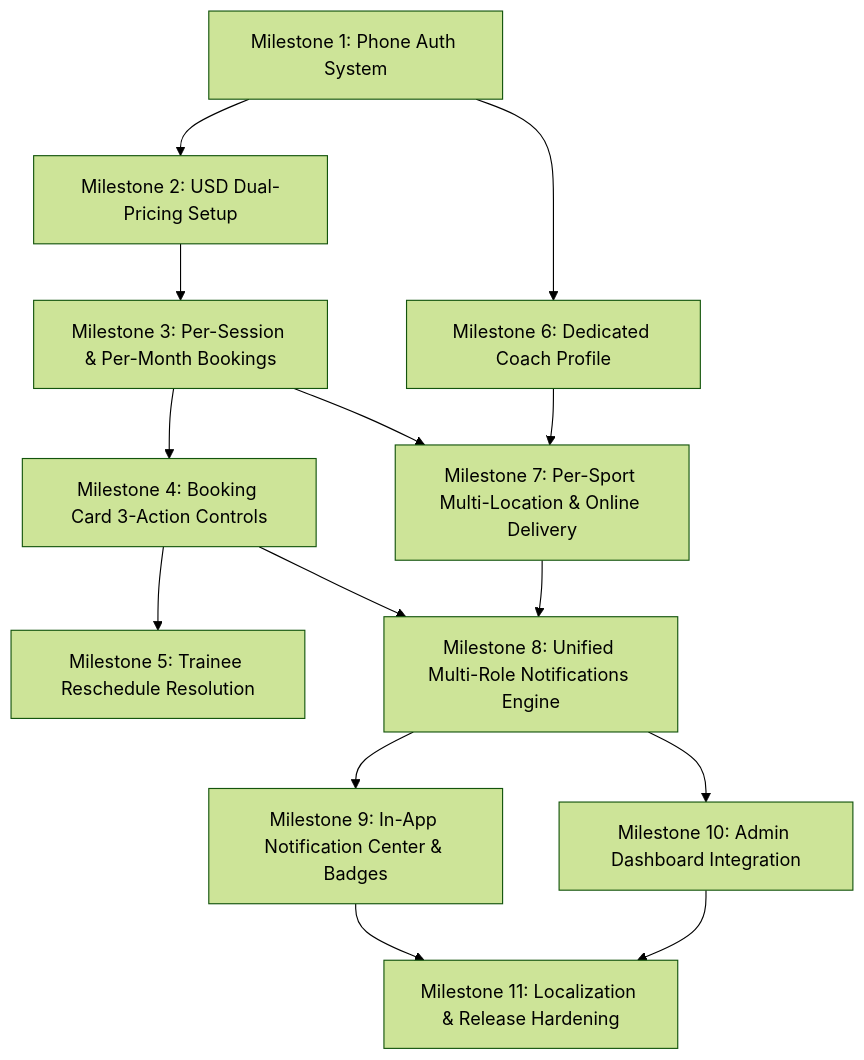
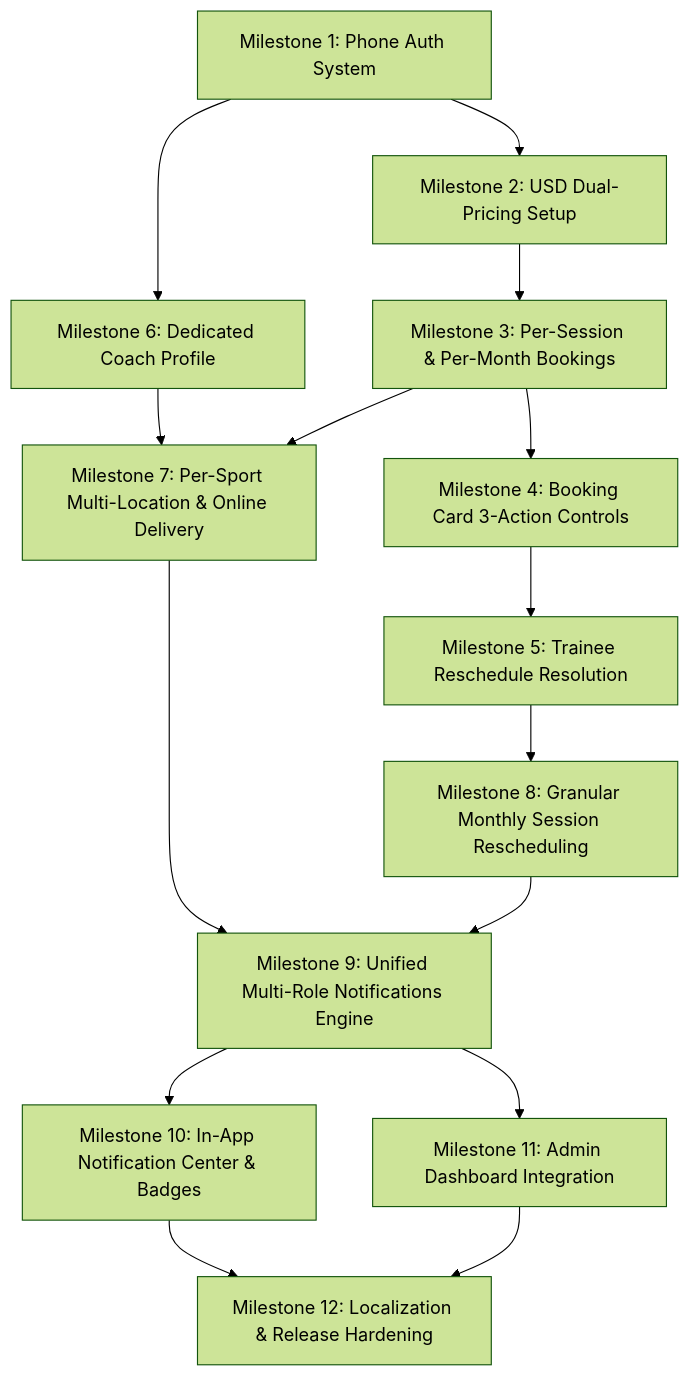
Before and after one commit to alitoson123/fitness-app: the diagram in PROJECT_ROADMAP_PHASE_2.md, drawn with Mermaid (forest theme). The commit also changed other lines of this file and 60 other files, not shown here.

````diff
--- a/PROJECT_ROADMAP_PHASE_2.md
+++ b/PROJECT_ROADMAP_PHASE_2.md
@@ -80,16 +80,17 @@
 ```mermaid
 graph TD
     M1[Milestone 1: Phone Auth System] --> M2[Milestone 2: USD Dual-Pricing Setup]
     M2 --> M3[Milestone 3: Per-Session & Per-Month Bookings]
     M3 --> M4[Milestone 4: Booking Card 3-Action Controls]
     M4 --> M5[Milestone 5: Trainee Reschedule Resolution]
     M1 --> M6[Milestone 6: Dedicated Coach Profile]
     M6 --> M7[Milestone 7: Per-Sport Multi-Location & Online Delivery]
     M3 --> M7
-    M7 --> M8[Milestone 8: Unified Multi-Role Notifications Engine]
-    M4 --> M8
-    M8 --> M9[Milestone 9: In-App Notification Center & Badges]
-    M8 --> M10[Milestone 10: Admin Dashboard Integration]
-    M9 --> M11[Milestone 11: Localization & Release Hardening]
-    M10 --> M11
+    M5 --> M8[Milestone 8: Granular Monthly Session Rescheduling]
+    M7 --> M9[Milestone 9: Unified Multi-Role Notifications Engine]
+    M8 --> M9
+    M9 --> M10[Milestone 10: In-App Notification Center & Badges]
+    M9 --> M11[Milestone 11: Admin Dashboard Integration]
+    M10 --> M12[Milestone 12: Localization & Release Hardening]
+    M11 --> M12
 ```
````
